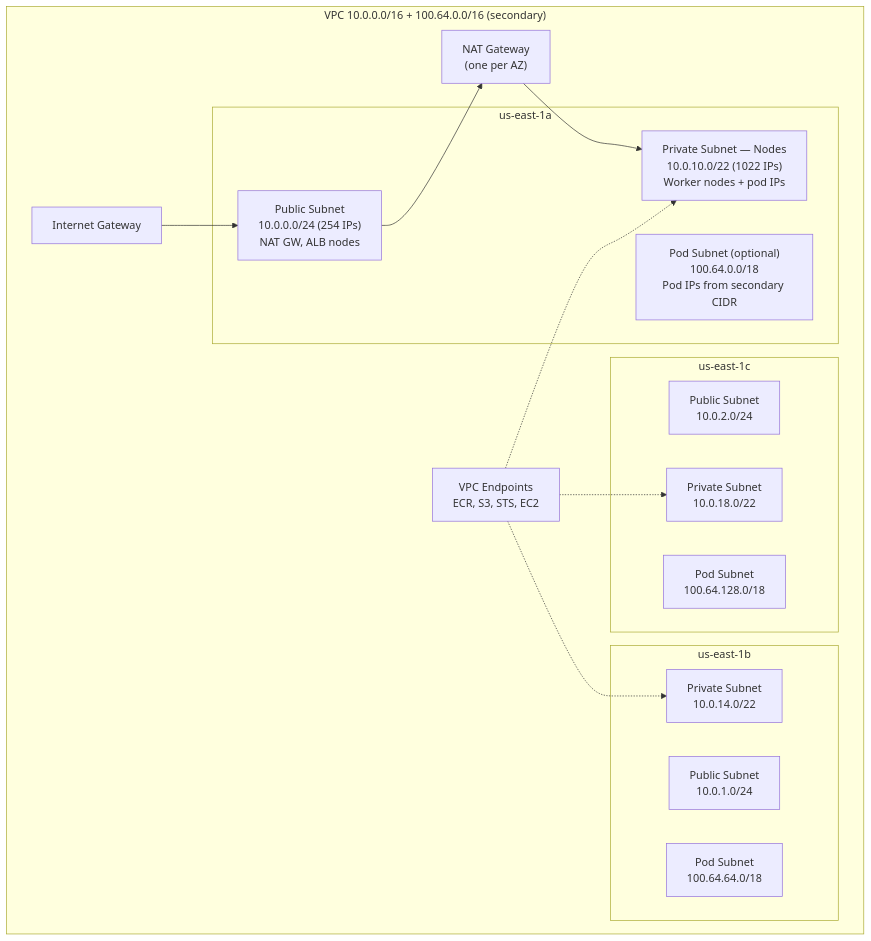
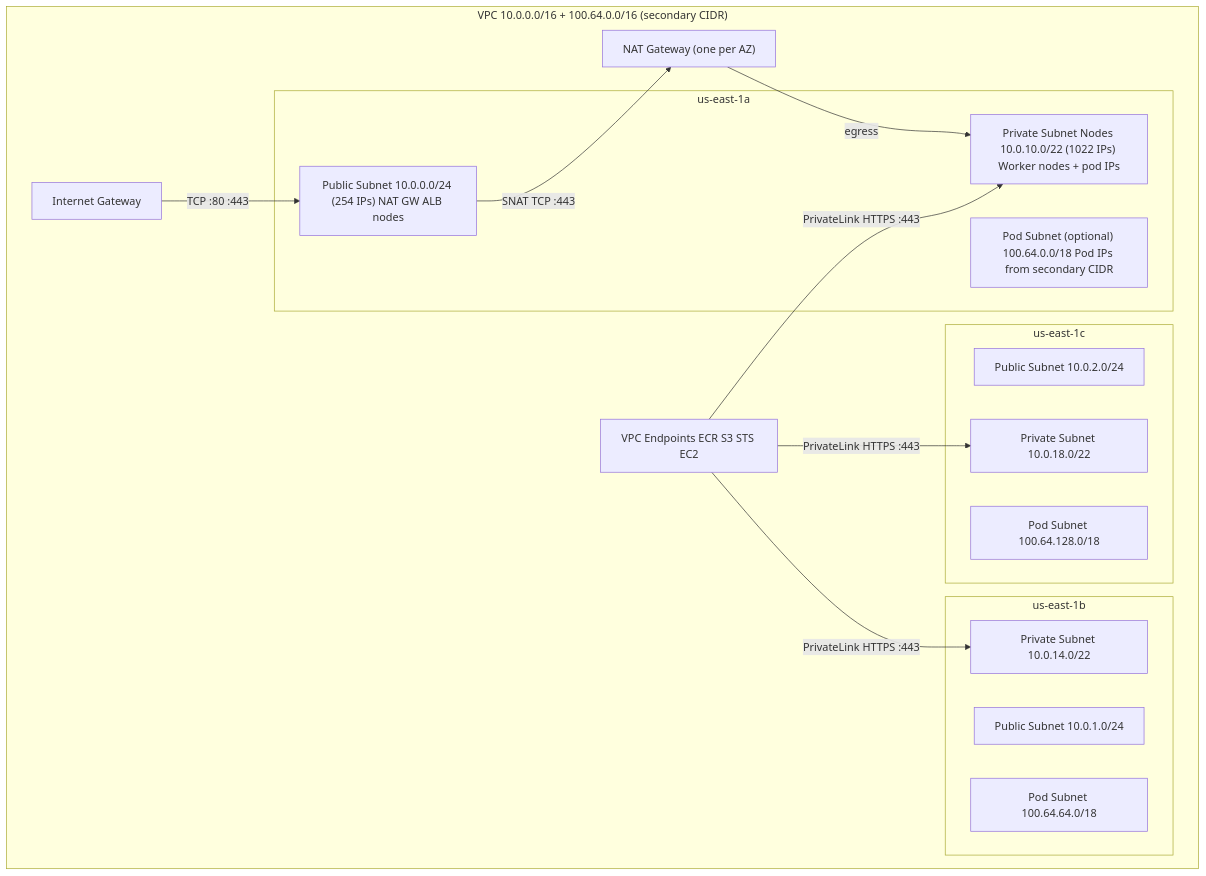
One commit to MykolaLebid/Kubernetes_networking_engineering changed the second of 4 diagrams in lessons/30-aws-vpc-design.md. Above: the diagram before and after it, drawn with Mermaid. The commit also changed other lines of this file and 35 other files, not shown here.

First line of the commit message:
Restructure all 34 lessons: Theory/Practice split, richer diagrams, industry examples, navigation

````diff
--- a/lessons/30-aws-vpc-design.md
+++ b/lessons/30-aws-vpc-design.md
@@ -92,28 +74,28 @@
 ```mermaid
 flowchart TD
-    subgraph VPC["VPC 10.0.0.0/16 + 100.64.0.0/16 (secondary)"]
+    subgraph VPC["VPC 10.0.0.0/16 + 100.64.0.0/16 (secondary CIDR)"]
         subgraph AZ_A["us-east-1a"]
-            PUB_A["Public Subnet\n10.0.0.0/24 (254 IPs)\nNAT GW, ALB nodes"]
-            PRIV_A["Private Subnet — Nodes\n10.0.10.0/22 (1022 IPs)\nWorker nodes + pod IPs"]
-            POD_A["Pod Subnet (optional)\n100.64.0.0/18\nPod IPs from secondary CIDR"]
+            PUB_A["Public Subnet 10.0.0.0/24 (254 IPs) NAT GW ALB nodes"]
+            PRIV_A["Private Subnet Nodes 10.0.10.0/22 (1022 IPs) Worker nodes + pod IPs"]
+            POD_A["Pod Subnet (optional) 100.64.0.0/18 Pod IPs from secondary CIDR"]
         end
         subgraph AZ_B["us-east-1b"]
-            PUB_B["Public Subnet\n10.0.1.0/24"]
-            PRIV_B["Private Subnet\n10.0.14.0/22"]
-            POD_B["Pod Subnet\n100.64.64.0/18"]
+            PUB_B["Public Subnet 10.0.1.0/24"]
+            PRIV_B["Private Subnet 10.0.14.0/22"]
+            POD_B["Pod Subnet 100.64.64.0/18"]
         end
         subgraph AZ_C["us-east-1c"]
-            PUB_C["Public Subnet\n10.0.2.0/24"]
-            PRIV_C["Private Subnet\n10.0.18.0/22"]
-            POD_C["Pod Subnet\n100.64.128.0/18"]
+            PUB_C["Public Subnet 10.0.2.0/24"]
+            PRIV_C["Private Subnet 10.0.18.0/22"]
+            POD_C["Pod Subnet 100.64.128.0/18"]
         end
         IGW["Internet Gateway"]
-        NATGW["NAT Gateway\n(one per AZ)"]
-        EP["VPC Endpoints\nECR, S3, STS, EC2"]
+        NATGW["NAT Gateway (one per AZ)"]
+        EP["VPC Endpoints ECR S3 STS EC2"]
     end
-    IGW --> PUB_A
-    PUB_A --> NATGW --> PRIV_A
-    EP -.-> PRIV_A
-    EP -.-> PRIV_B
-    EP -.-> PRIV_C
+    IGW --"TCP :80 :443"--> PUB_A
+    PUB_A --"SNAT TCP :443"--> NATGW --"egress"--> PRIV_A
+    EP --"PrivateLink HTTPS :443"--> PRIV_A
+    EP --"PrivateLink HTTPS :443"--> PRIV_B
+    EP --"PrivateLink HTTPS :443"--> PRIV_C
 ```
````
